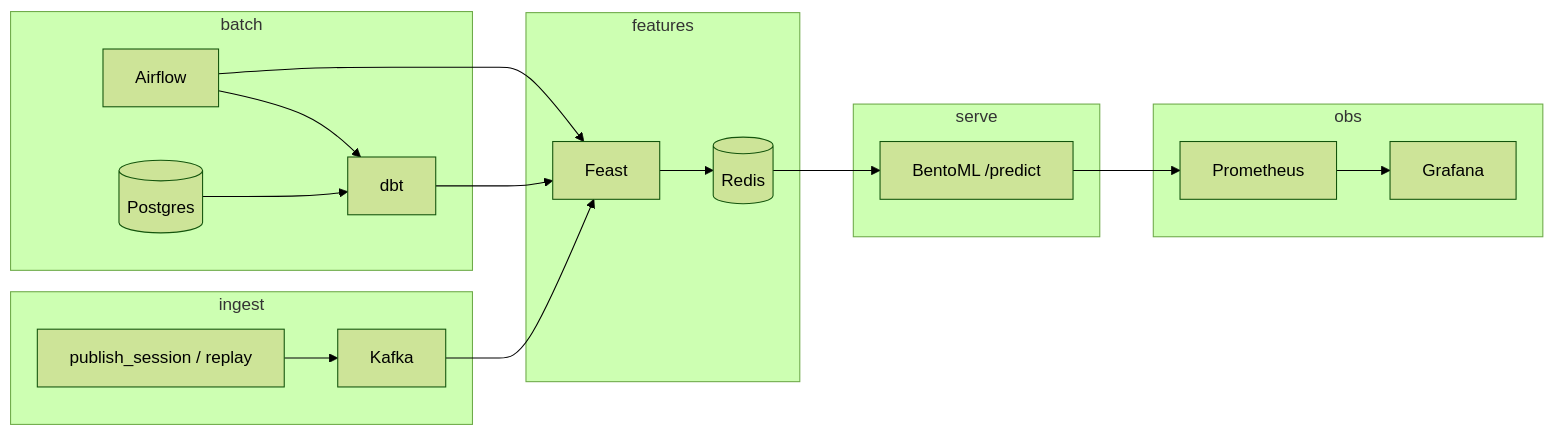
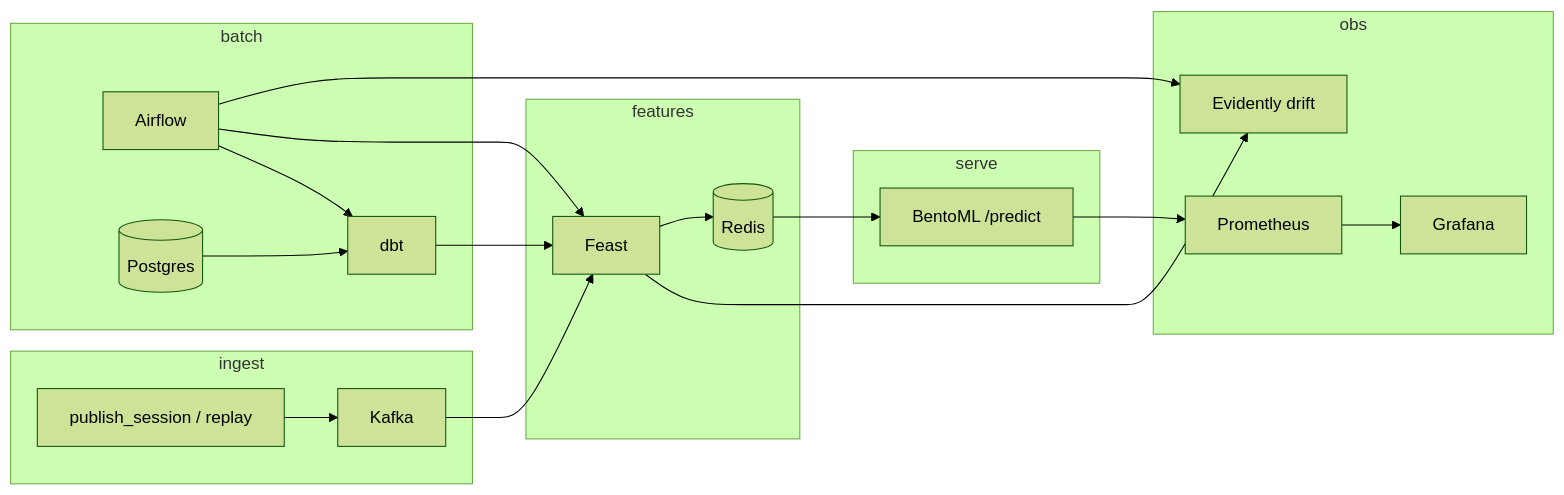
One commit to ali-cabukel/ecommerce-conversion-pipeline changed the diagram in README.md. Above: the diagram before and after it, drawn with Mermaid (forest theme). The commit also changed other lines of this file and 11 other files, not shown here.

First line of the commit message:
Add Evidently PSI data-drift checks before training

````diff
--- a/README.md
+++ b/README.md
@@ -32,32 +33,35 @@
 ```mermaid
 flowchart LR
   subgraph ingest
     R[publish_session / replay]
     K[Kafka]
   end
   subgraph batch
     AF[Airflow]
     WH[(Postgres)]
     DBT[dbt]
   end
   subgraph features
     FS[Feast]
     RD[(Redis)]
   end
   subgraph serve
     BENTO[BentoML /predict]
   end
   subgraph obs
     PROM[Prometheus]
     GRAF[Grafana]
+    EV[Evidently drift]
   end
 
   R --> K
   K --> FS
   AF --> DBT
   WH --> DBT --> FS
   AF --> FS
+  AF --> EV
+  FS --> EV
   FS --> RD
   RD --> BENTO
   BENTO --> PROM --> GRAF
 ```
````
